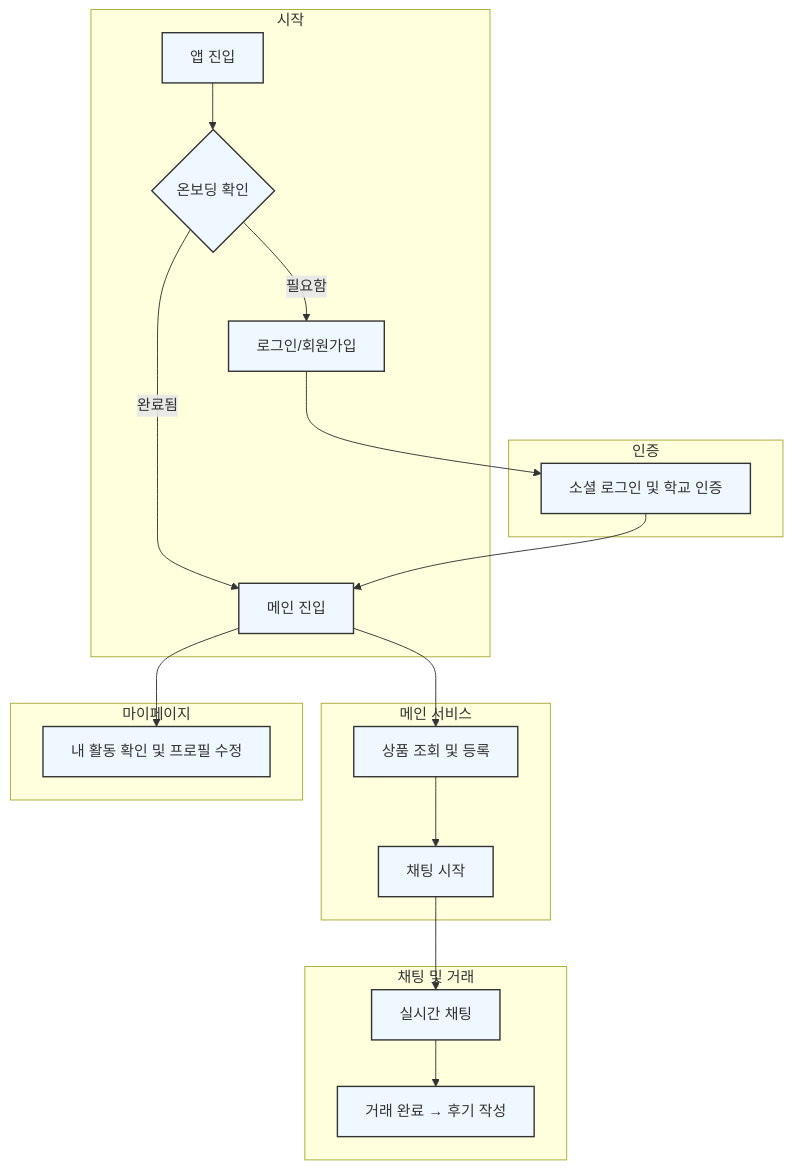
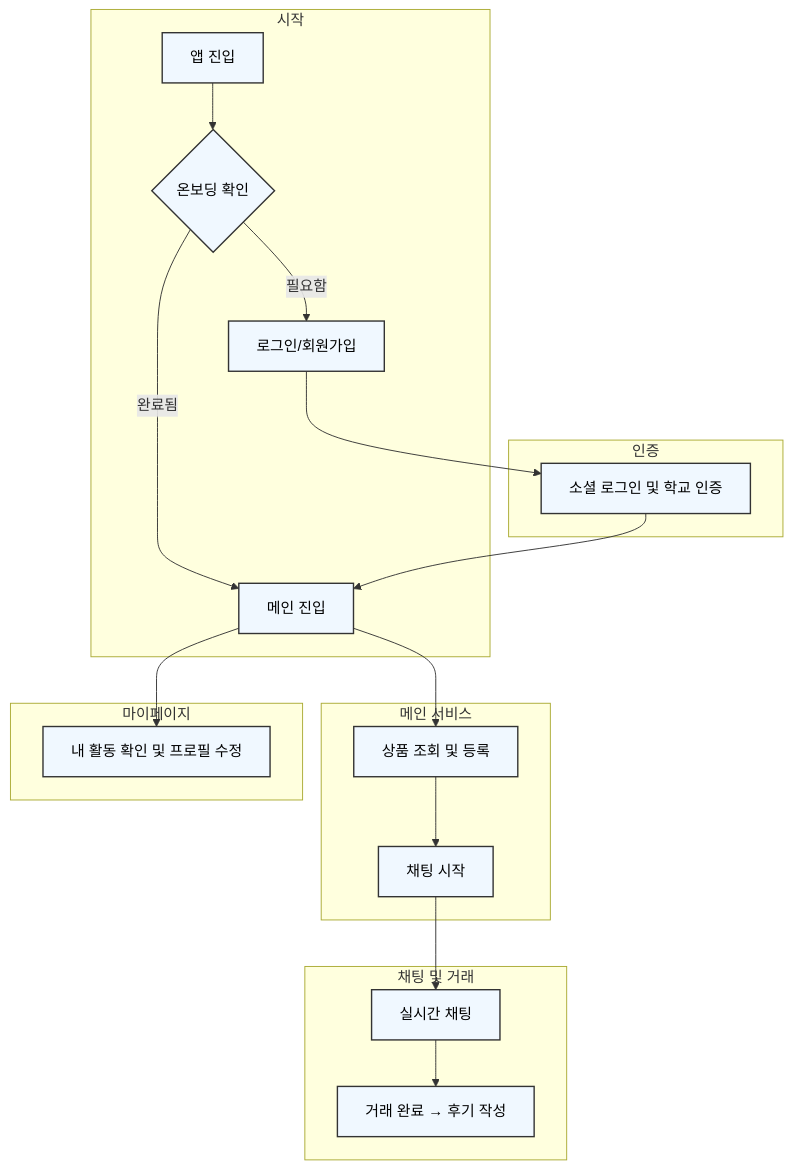
One commit to FRONTENDBOOTCAMP-13th/Final-03-SEMO changed the diagram in README.md. Above: the diagram before and after it, drawn with Mermaid. The commit also changed other lines of this file, not shown here.

````diff
--- a/README.md
+++ b/README.md
@@ -31,31 +27,31 @@
 ```mermaid
 flowchart TD
     subgraph "시작"
         A[앱 진입] --> B{온보딩 확인}
         B -- 필요함 --> C[로그인/회원가입]
         B -- 완료됨 --> D[메인 진입]
     end
 
     subgraph "인증"
         C --> E[소셜 로그인 및 학교 인증]
         E --> D
     end
 
     subgraph "메인 서비스"
         D --> F[상품 조회 및 등록]
         F --> G[채팅 시작]
     end
 
     subgraph "채팅 및 거래"
         G --> H[실시간 채팅]
         H --> I[거래 완료 → 후기 작성]
     end
 
     subgraph "마이페이지"
         D --> J[내 활동 확인 및 프로필 수정]
     end
 
-    classDef section fill:#f0f8ff,stroke:#333,stroke-width:1.5px;
+    classDef section fill:#f0f8ff,stroke:#333,stroke-width:1.5px,color:#000;
     class A,B,C,D,E,F,G,H,I,J section;
 
 ```
````
